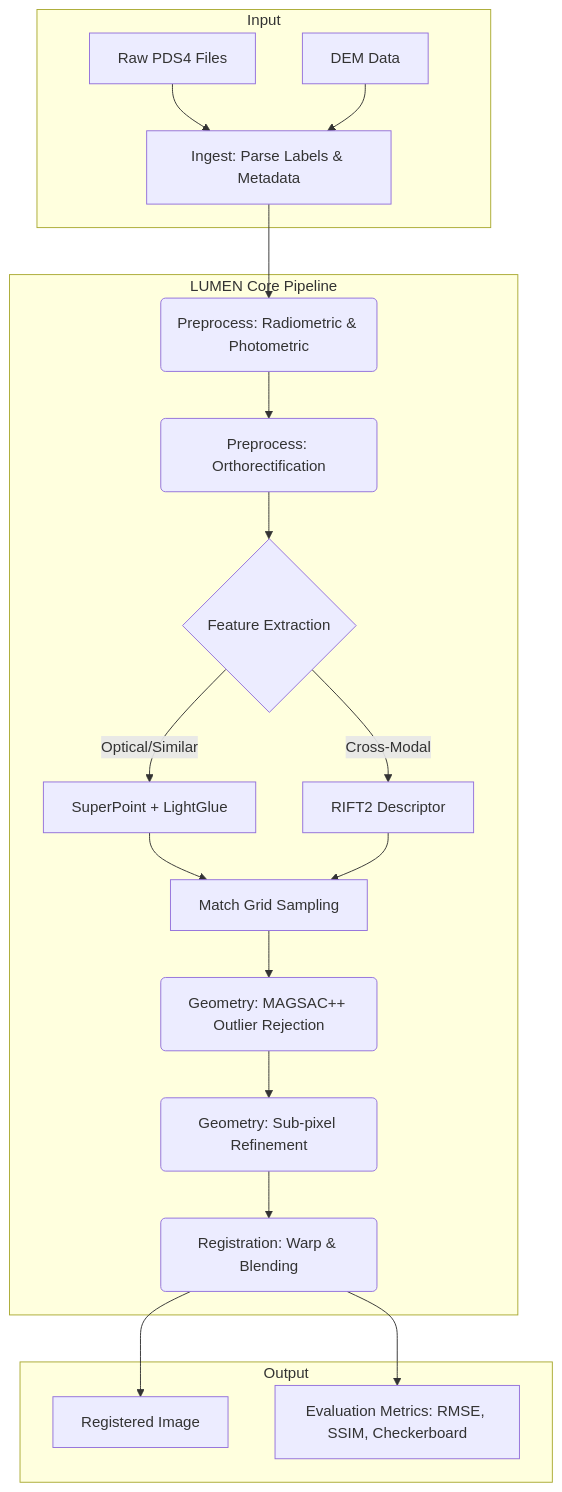
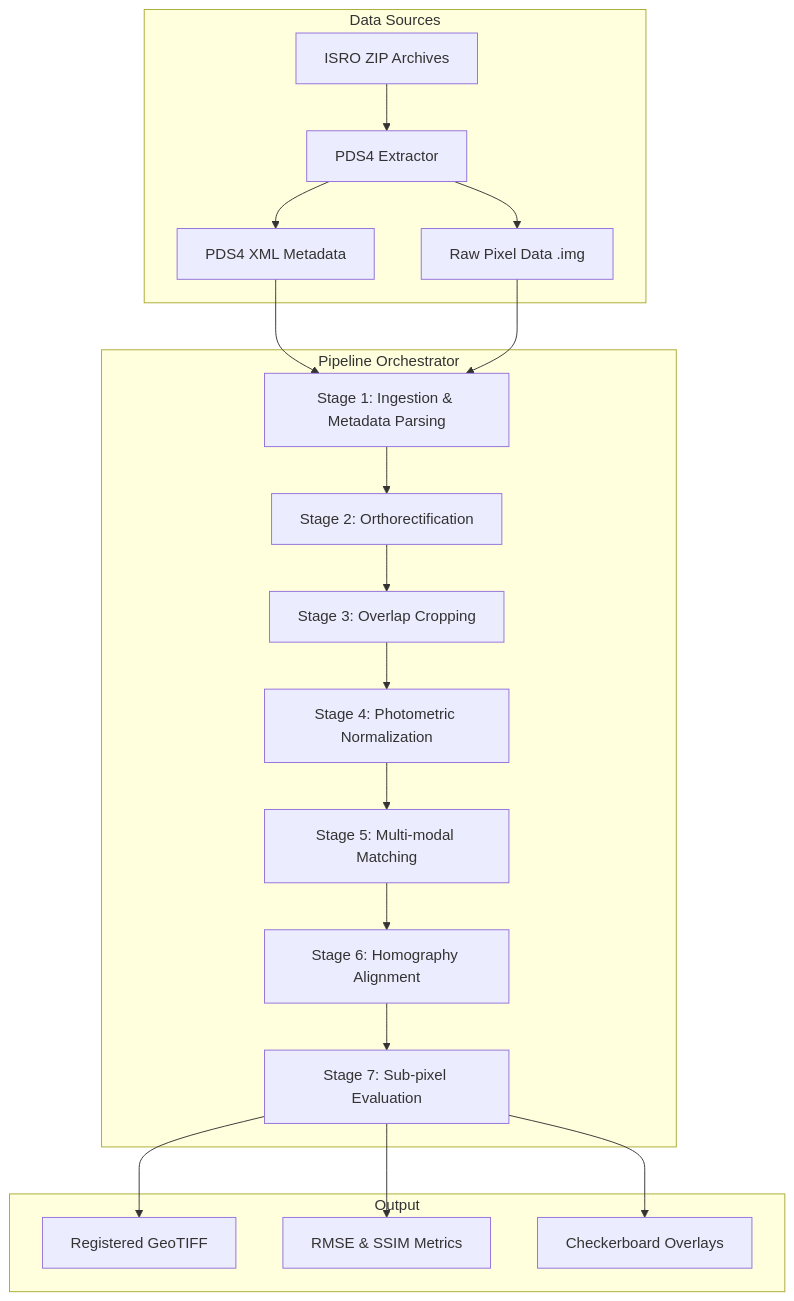
One commit to anshulec23-cloud/isro-chandrayaan changed the diagram in docs/ARCHITECTURE.md. Above: the diagram before and after it, drawn with Mermaid. The commit also changed other lines of this file and 94 other files, not shown here.

Commit message:
Complete Chandrayaan-2 registration pipeline, retro terminal UI rebuild, and verified audit

````diff
--- a/docs/ARCHITECTURE.md
+++ b/docs/ARCHITECTURE.md
@@ -74,29 +7,33 @@
 ```mermaid
-flowchart TD
-    subgraph Input
-        A[Raw PDS4 Files] --> B
-        DEM[DEM Data] --> B
+graph TD
+    subgraph Data Sources
+        RawZip[ISRO ZIP Archives] --> Extractor[PDS4 Extractor]
+        Extractor --> XML[PDS4 XML Metadata]
+        Extractor --> IMG[Raw Pixel Data .img]
     end
 
-    subgraph Pipeline [LUMEN Core Pipeline]
-        B[Ingest: Parse Labels & Metadata] --> C(Preprocess: Radiometric & Photometric)
-        C --> D(Preprocess: Orthorectification)
-        D --> E{Feature Extraction}
-        
-        E -->|Optical/Similar| F[SuperPoint + LightGlue]
-        E -->|Cross-Modal| G[RIFT2 Descriptor]
-        
-        F --> H[Match Grid Sampling]
-        G --> H
-        
-        H --> I(Geometry: MAGSAC++ Outlier Rejection)
-        I --> J(Geometry: Sub-pixel Refinement)
-        
-        J --> K(Registration: Warp & Blending)
+    subgraph Pipeline Orchestrator
+        S1[Stage 1: Ingestion & Metadata Parsing]
+        S2[Stage 2: Orthorectification]
+        S3[Stage 3: Overlap Cropping]
+        S4[Stage 4: Photometric Normalization]
+        S5[Stage 5: Multi-modal Matching]
+        S6[Stage 6: Homography Alignment]
+        S7[Stage 7: Sub-pixel Evaluation]
     end
 
+    XML --> S1
+    IMG --> S1
+    S1 --> S2
+    S2 --> S3
+    S3 --> S4
+    S4 --> S5
+    S5 --> S6
+    S6 --> S7
+
     subgraph Output
-        K --> L[Registered Image]
-        K --> M[Evaluation Metrics: RMSE, SSIM, Checkerboard]
+        S7 --> GeoTIFF[Registered GeoTIFF]
+        S7 --> Metrics[RMSE & SSIM Metrics]
+        S7 --> Visual[Checkerboard Overlays]
     end
 ```
````
